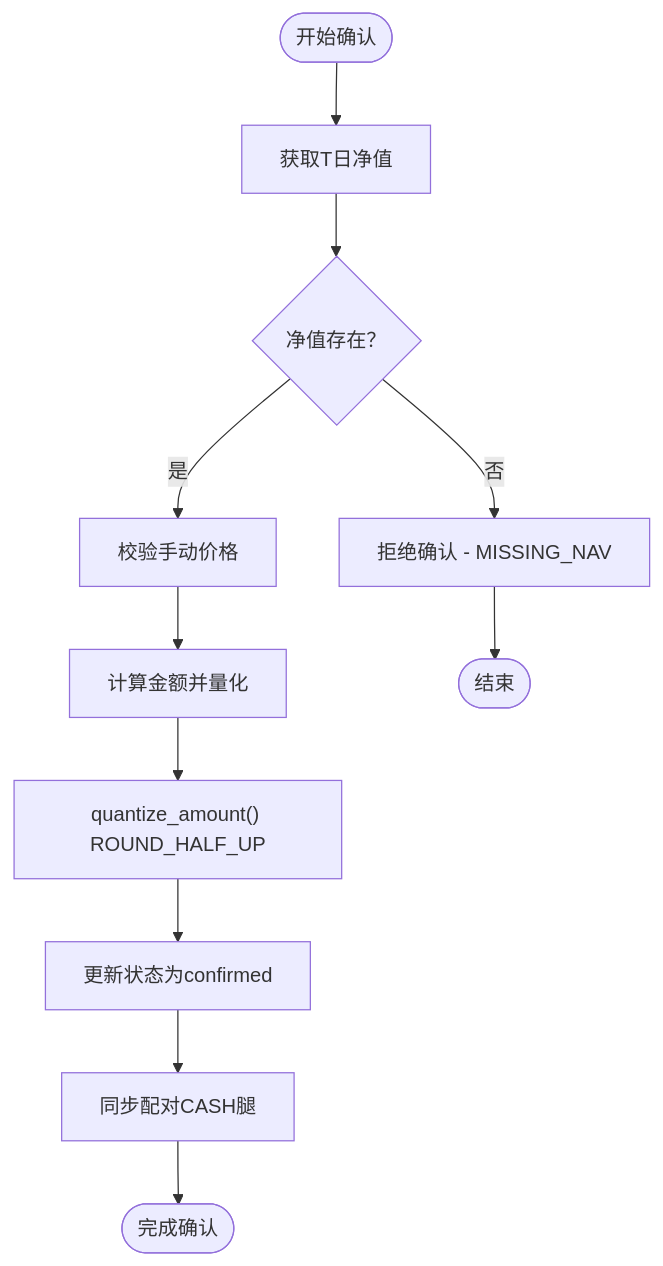
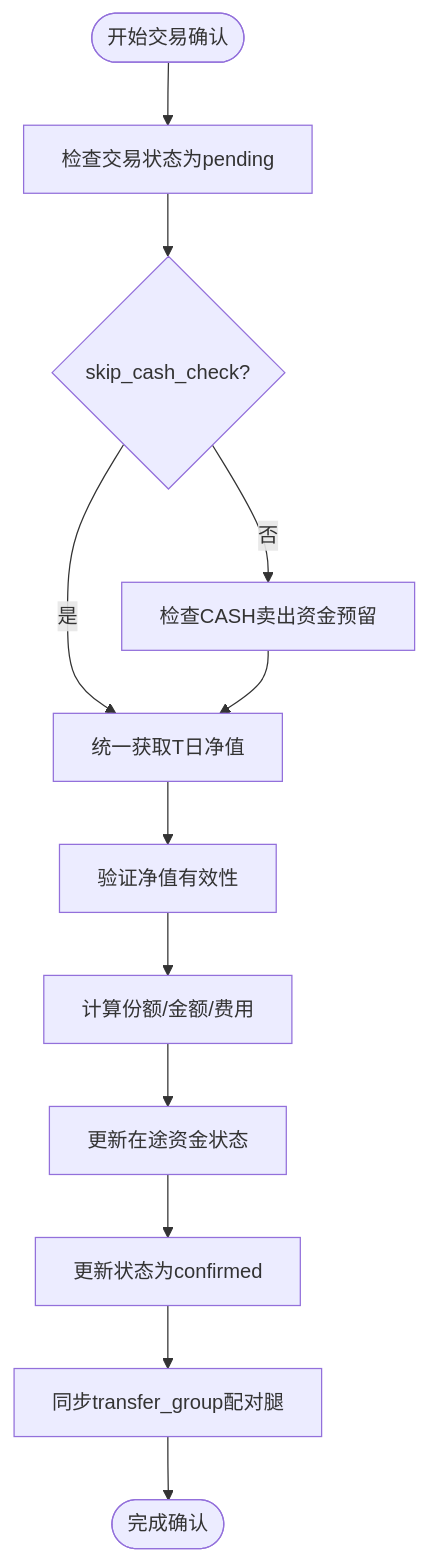
The fourth of 17 diagrams in .qoder/repowiki/zh/content/核心业务功能/交易处理.md (gujialind/InvestRing), drawn with Mermaid before and after one commit. The commit also changed other lines of this file and 64 other files, not shown here.

````diff
--- a/.qoder/repowiki/zh/content/核心业务功能/交易处理.md
+++ b/.qoder/repowiki/zh/content/核心业务功能/交易处理.md
@@ -318,13 +271,14 @@
 ```mermaid
 flowchart TD
-Start(["开始确认"]) --> GetNav["获取T日净值"]
-GetNav --> CheckNav{"净值存在？"}
-CheckNav --> |否| Reject["拒绝确认 - MISSING_NAV"]
-CheckNav --> |是| ValidatePrice["校验手动价格"]
-ValidatePrice --> CalcAmount["计算金额并量化"]
-CalcAmount --> Quantize["quantize_amount() ROUND_HALF_UP"]
-Quantize --> UpdateStatus["更新状态为confirmed"]
-UpdateStatus --> SyncPair["同步配对CASH腿"]
+Start(["开始交易确认"]) --> CheckStatus["检查交易状态为pending"]
+CheckStatus --> CheckSkip{"skip_cash_check?"}
+CheckSkip --> |是| GetNav["统一获取T日净值"]
+CheckSkip --> |否| CashReserve["检查CASH卖出资金预留"]
+CashReserve --> GetNav
+GetNav --> ValidateNav["验证净值有效性"]
+ValidateNav --> CalcShares["计算份额/金额/费用"]
+CalcShares --> UpdateInTransit["更新在途资金状态"]
+UpdateInTransit --> UpdateStatus["更新状态为confirmed"]
+UpdateStatus --> SyncPair["同步transfer_group配对腿"]
 SyncPair --> Complete(["完成确认"])
-Reject --> End(["结束"])
 ```
````
